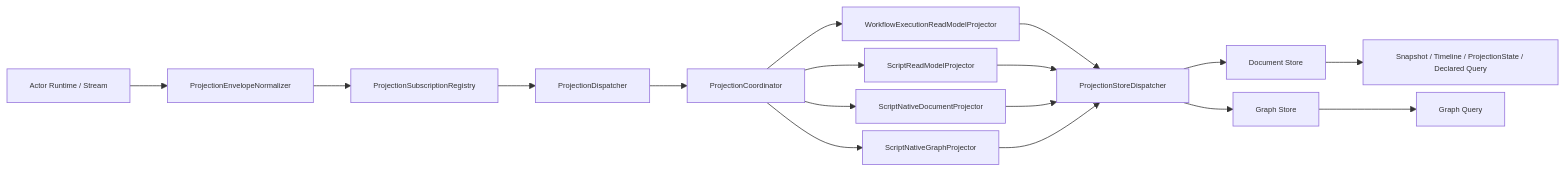
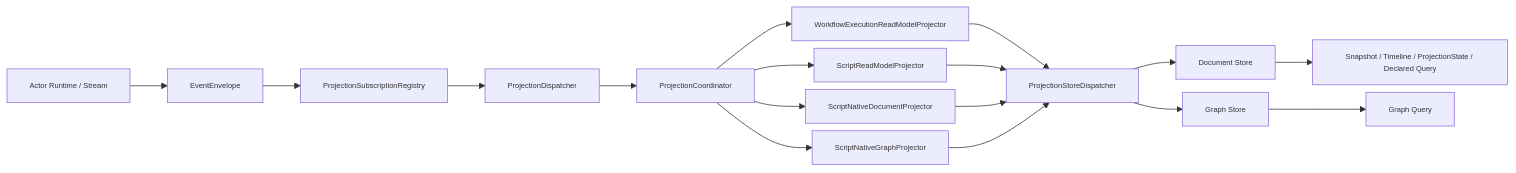
Before and after one commit to aevatarAI/aevatar: the first of 3 diagrams in docs/architecture/2026-03-15-cqrs-projection-readmodels-architecture.md, drawn with Mermaid. The commit also changed other lines of this file and 37 other files, not shown here.

````diff
--- a/docs/architecture/2026-03-15-cqrs-projection-readmodels-architecture.md
+++ b/docs/architecture/2026-03-15-cqrs-projection-readmodels-architecture.md
@@ -80,20 +80,20 @@
 ```mermaid
 %%{init: {"maxTextSize": 100000, "flowchart": {"useMaxWidth": false, "nodeSpacing": 10, "rankSpacing": 50}, "themeVariables": {"fontSize": "10px"}}}%%
 flowchart LR
-  A["Actor Runtime / Stream"] --> B["ProjectionEnvelopeNormalizer"]
+  A["Actor Runtime / Stream"] --> B["EventEnvelope<ProjectionPayload>"]
   B --> C["ProjectionSubscriptionRegistry"]
   C --> D["ProjectionDispatcher"]
   D --> E["ProjectionCoordinator"]
   E --> F1["WorkflowExecutionReadModelProjector"]
   E --> F2["ScriptReadModelProjector"]
   E --> F3["ScriptNativeDocumentProjector"]
   E --> F4["ScriptNativeGraphProjector"]
   F1 --> G["ProjectionStoreDispatcher"]
   F2 --> G
   F3 --> G
   F4 --> G
   G --> H1["Document Store"]
   G --> H2["Graph Store"]
   H1 --> I1["Snapshot / Timeline / ProjectionState / Declared Query"]
   H2 --> I2["Graph Query"]
 ```
````
